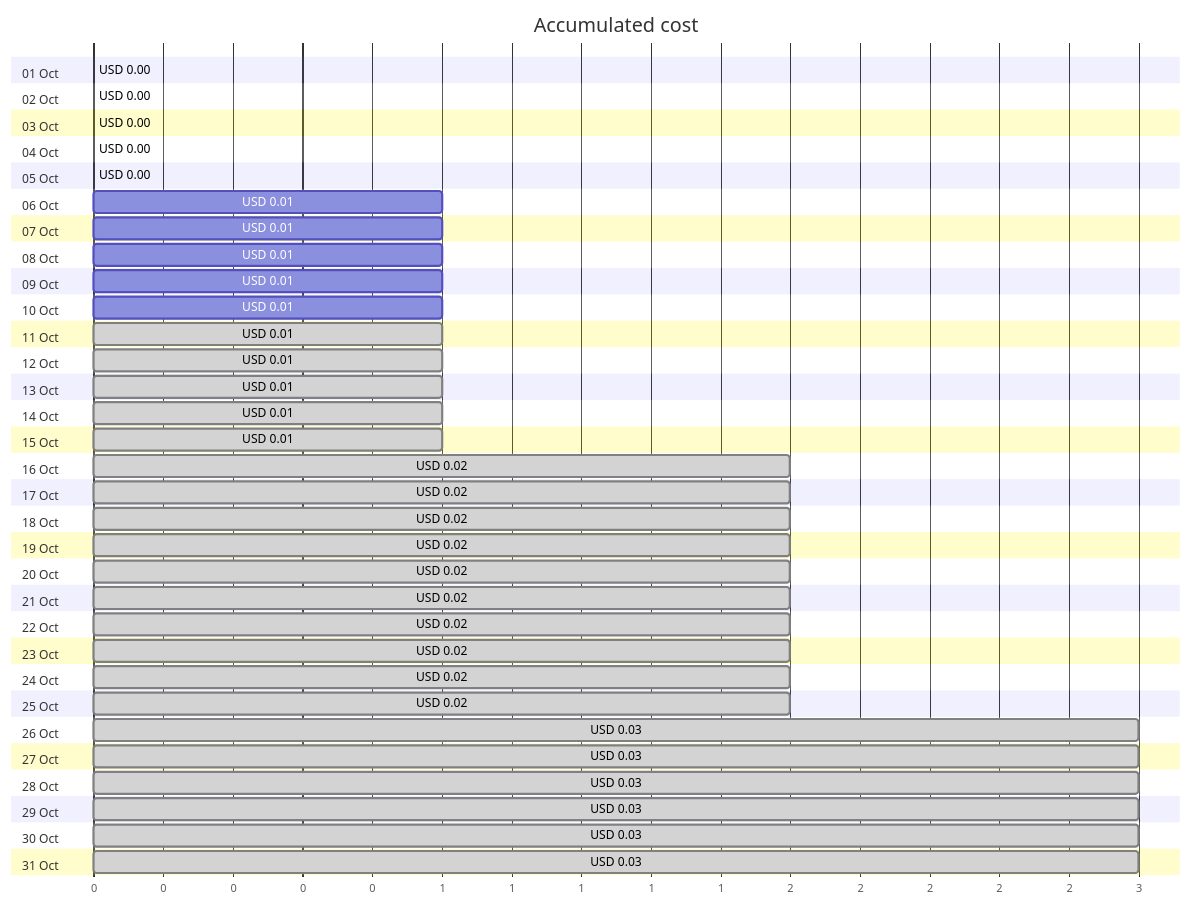
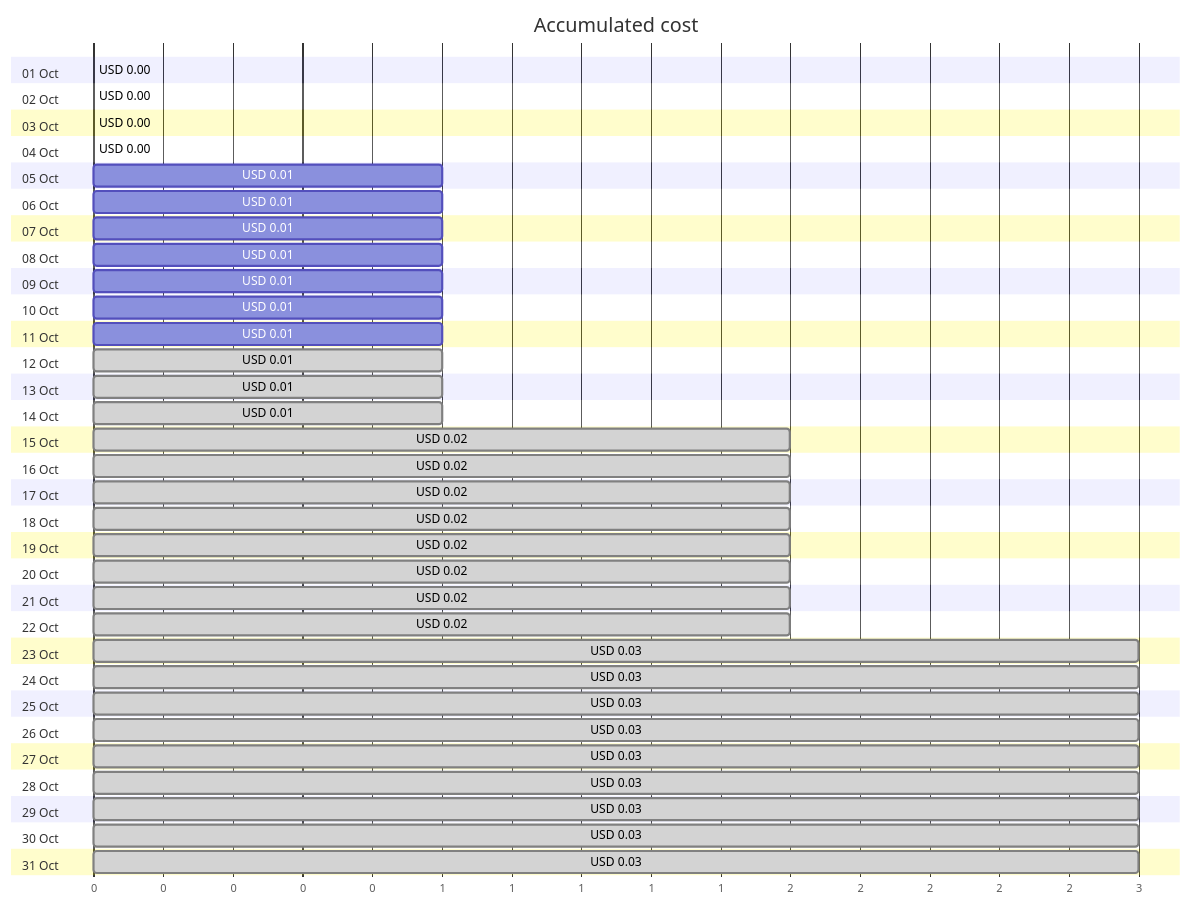
The first of 4 diagrams in cost-reports/personal-site/personalsiteapipreview.md (jpfulton/azure-personal-reports), drawn with Mermaid before and after one commit. The commit also changed other lines of this file and 7 other files, not shown here.

````diff
--- a/cost-reports/personal-site/personalsiteapipreview.md
+++ b/cost-reports/personal-site/personalsiteapipreview.md
@@ -20,68 +20,68 @@
 ```mermaid
 gantt
    title Accumulated cost
    dateFormat  X
    axisFormat %s
    section 01 Oct
    USD 0.00 :0, 0
    section 02 Oct
    USD 0.00 :0, 0
    section 03 Oct
    USD 0.00 :0, 0
    section 04 Oct
    USD 0.00 :0, 0
    section 05 Oct
-   USD 0.00 :0, 0
+   USD 0.01 :0, 1
    section 06 Oct
    USD 0.01 :0, 1
    section 07 Oct
    USD 0.01 :0, 1
    section 08 Oct
    USD 0.01 :0, 1
    section 09 Oct
    USD 0.01 :0, 1
    section 10 Oct
    USD 0.01 :0, 1
    section 11 Oct
-   USD 0.01 : done, 0, 1
+   USD 0.01 :0, 1
    section 12 Oct
    USD 0.01 : done, 0, 1
    section 13 Oct
    USD 0.01 : done, 0, 1
    section 14 Oct
    USD 0.01 : done, 0, 1
    section 15 Oct
-   USD 0.01 : done, 0, 1
+   USD 0.02 : done, 0, 2
    section 16 Oct
    USD 0.02 : done, 0, 2
    section 17 Oct
    USD 0.02 : done, 0, 2
    section 18 Oct
    USD 0.02 : done, 0, 2
    section 19 Oct
    USD 0.02 : done, 0, 2
    section 20 Oct
    USD 0.02 : done, 0, 2
    section 21 Oct
    USD 0.02 : done, 0, 2
    section 22 Oct
    USD 0.02 : done, 0, 2
    section 23 Oct
-   USD 0.02 : done, 0, 2
+   USD 0.03 : done, 0, 3
    section 24 Oct
-   USD 0.02 : done, 0, 2
+   USD 0.03 : done, 0, 3
    section 25 Oct
-   USD 0.02 : done, 0, 2
+   USD 0.03 : done, 0, 3
    section 26 Oct
    USD 0.03 : done, 0, 3
    section 27 Oct
    USD 0.03 : done, 0, 3
    section 28 Oct
    USD 0.03 : done, 0, 3
    section 29 Oct
    USD 0.03 : done, 0, 3
    section 30 Oct
    USD 0.03 : done, 0, 3
    section 31 Oct
    USD 0.03 : done, 0, 3
 ```
````
